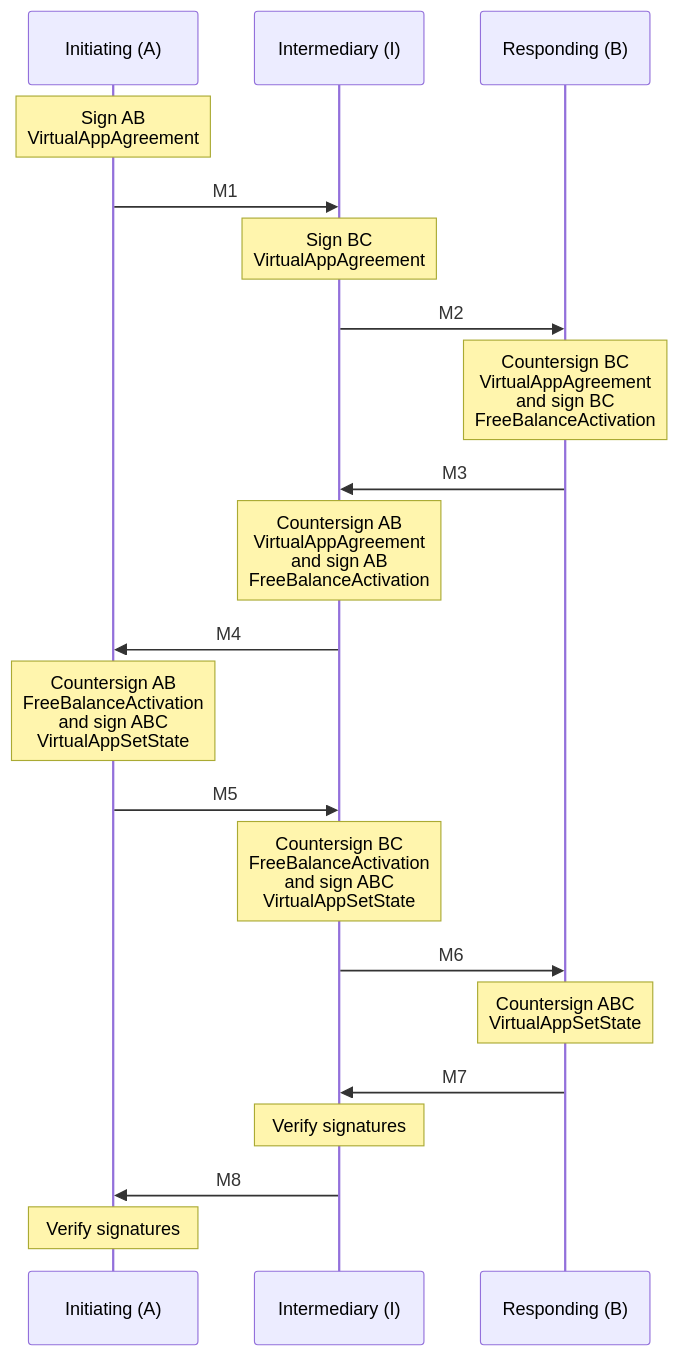
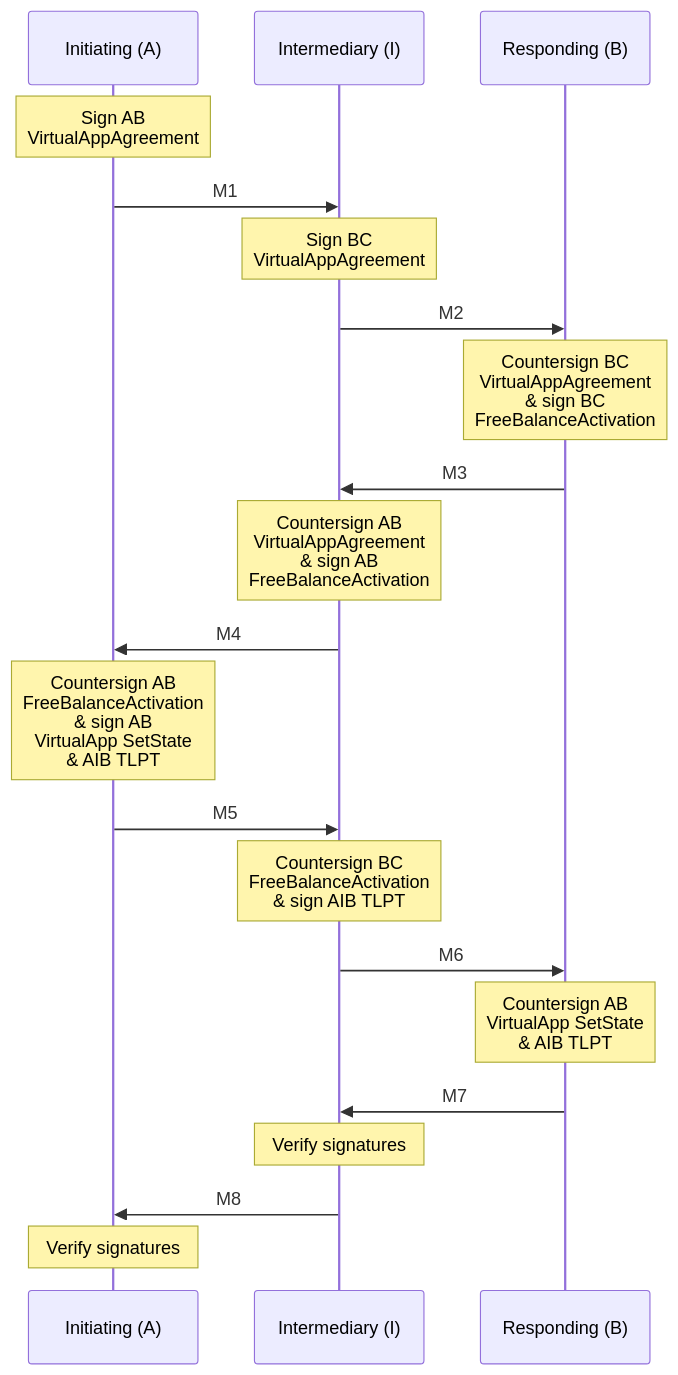
The diagram in packages/specs/source/diagrams/install-virtual-app-exchange.mmd (counterfactual/monorepo), drawn with Mermaid before and after one commit. The commit also changed 42 other files, not shown here.

Commit message:
Remove VirtualAppSetStateCommitment

```diff
--- a/packages/specs/source/diagrams/install-virtual-app-exchange.mmd
+++ b/packages/specs/source/diagrams/install-virtual-app-exchange.mmd
@@ -1,39 +1,39 @@
 sequenceDiagram
 
   participant A as Initiating (A)
   participant I as Intermediary (I)
   participant B as Responding (B)
 
   Note over A: Sign AB <br> VirtualAppAgreement
 
   A->>I: M1
 
   Note over I: Sign BC <br> VirtualAppAgreement
 
   I->>B: M2
 
-  Note over B: Countersign BC <br> VirtualAppAgreement <br> and sign BC <br> FreeBalanceActivation
+  Note over B: Countersign BC <br> VirtualAppAgreement <br> & sign BC <br> FreeBalanceActivation
 
   B->>I: M3
 
-  Note over I: Countersign AB <br> VirtualAppAgreement <br> and sign AB <br> FreeBalanceActivation
+  Note over I: Countersign AB <br> VirtualAppAgreement <br> & sign AB <br> FreeBalanceActivation
 
   I->>A: M4
 
-  Note over A: Countersign AB <br> FreeBalanceActivation <br> and sign ABC <br> VirtualAppSetState
+  Note over A: Countersign AB <br> FreeBalanceActivation <br> & sign AB <br> VirtualApp SetState <br> & AIB TLPT
 
   A->>I: M5
 
-  Note over I: Countersign BC <br> FreeBalanceActivation <br> and sign ABC <br> VirtualAppSetState
+  Note over I: Countersign BC <br> FreeBalanceActivation <br> & sign AIB TLPT
 
   I->>B: M6
 
-  Note over B: Countersign ABC <br> VirtualAppSetState
+  Note over B: Countersign AB <br> VirtualApp SetState <br> & AIB TLPT
 
   B->>I: M7
 
   Note over I: Verify signatures
 
   I->>A: M8
 
   Note over A: Verify signatures
```
